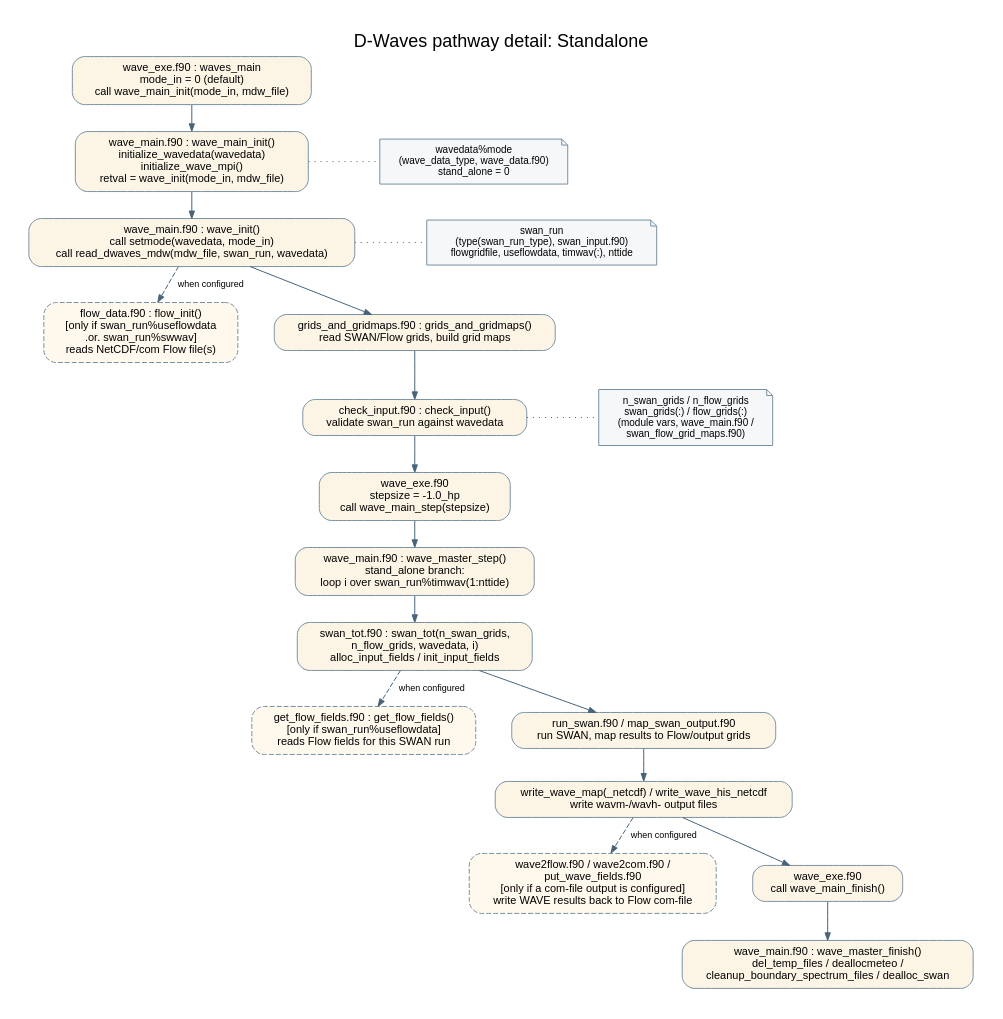
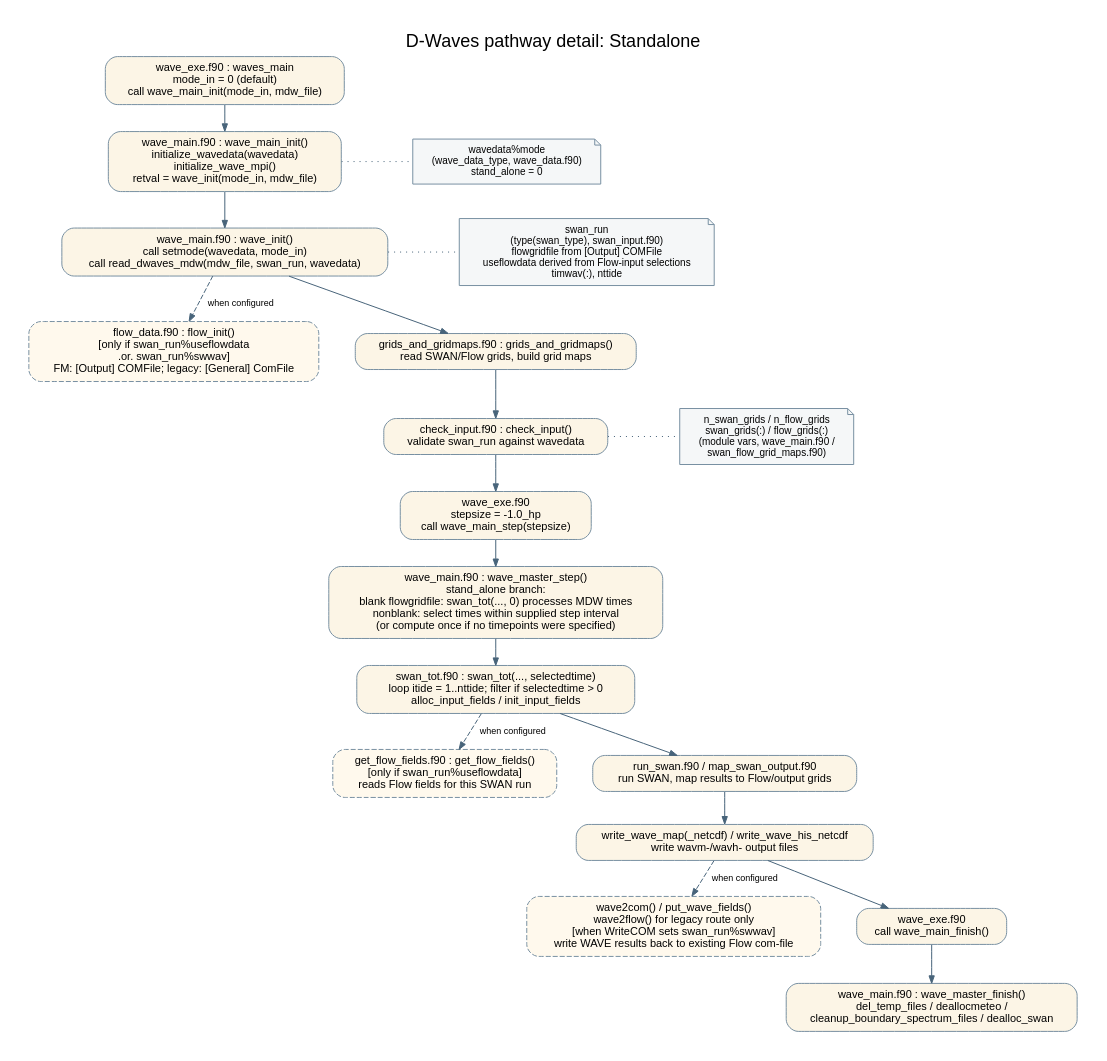
One commit to Deltares/Delft3D changed the diagram in src/engines_gpl/wave/docs/include/dwaves_pathway_standalone_detailed.dot. Above: the diagram before and after it, drawn with Graphviz. The commit also changed 9 other files, not shown here.

```diff
--- a/src/engines_gpl/wave/docs/include/dwaves_pathway_standalone_detailed.dot
+++ b/src/engines_gpl/wave/docs/include/dwaves_pathway_standalone_detailed.dot
@@ -1,54 +1,54 @@
 digraph dwaves_pathway_standalone {
     graph [
         label="D-Waves pathway detail: Standalone",
         labelloc=t,
         fontsize=18,
         fontname="Helvetica",
         rankdir=TB,
         nodesep=0.5,
         ranksep=0.35,
         pad=0.3,
         bgcolor="white"
     ];
     node [fontname="Helvetica", fontsize=11, margin="0.15,0.09"];
     edge [fontname="Helvetica", fontsize=9, color="#48647A", arrowsize=0.75];
 
     node [shape=box, style="rounded,filled", fillcolor="#FCF5E6", color="#7890A2"];
     exe [label="wave_exe.f90 : waves_main\nmode_in = 0 (default)\ncall wave_main_init(mode_in, mdw_file)"];
     main_init [label="wave_main.f90 : wave_main_init()\ninitialize_wavedata(wavedata)\ninitialize_wave_mpi()\nretval = wave_init(mode_in, mdw_file)"];
     wave_init [label="wave_main.f90 : wave_init()\ncall setmode(wavedata, mode_in)\ncall read_dwaves_mdw(mdw_file, swan_run, wavedata)"];
-    flow_init_opt [label="flow_data.f90 : flow_init()\n[only if swan_run%useflowdata\n.or. swan_run%swwav]\nreads NetCDF/com Flow file(s)", style="rounded,filled,dashed", fillcolor="#FFF9ED"];
+    flow_init_opt [label="flow_data.f90 : flow_init()\n[only if swan_run%useflowdata\n.or. swan_run%swwav]\nFM: [Output] COMFile; legacy: [General] ComFile", style="rounded,filled,dashed", fillcolor="#FFF9ED"];
     grids [label="grids_and_gridmaps.f90 : grids_and_gridmaps()\nread SWAN/Flow grids, build grid maps"];
     check [label="check_input.f90 : check_input()\nvalidate swan_run against wavedata"];
     main_step [label="wave_exe.f90\nstepsize = -1.0_hp\ncall wave_main_step(stepsize)"];
-    master_step [label="wave_main.f90 : wave_master_step()\nstand_alone branch:\nloop i over swan_run%timwav(1:nttide)"];
-    swan_tot [label="swan_tot.f90 : swan_tot(n_swan_grids,\nn_flow_grids, wavedata, i)\nalloc_input_fields / init_input_fields"];
+    master_step [label="wave_main.f90 : wave_master_step()\nstand_alone branch:\nblank flowgridfile: swan_tot(..., 0) processes MDW times\nnonblank: select times within supplied step interval\n(or compute once if no timepoints were specified)"];
+    swan_tot [label="swan_tot.f90 : swan_tot(..., selectedtime)\nloop itide = 1..nttide; filter if selectedtime > 0\nalloc_input_fields / init_input_fields"];
     get_flow [label="get_flow_fields.f90 : get_flow_fields()\n[only if swan_run%useflowdata]\nreads Flow fields for this SWAN run", style="rounded,filled,dashed", fillcolor="#FFF9ED"];
     run_swan [label="run_swan.f90 / map_swan_output.f90\nrun SWAN, map results to Flow/output grids"];
     write_out [label="write_wave_map(_netcdf) / write_wave_his_netcdf\nwrite wavm-/wavh- output files"];
-    put_back [label="wave2flow.f90 / wave2com.f90 /\nput_wave_fields.f90\n[only if a com-file output is configured]\nwrite WAVE results back to Flow com-file", style="rounded,filled,dashed", fillcolor="#FFF9ED"];
+    put_back [label="wave2com() / put_wave_fields()\nwave2flow() for legacy route only\n[when WriteCOM sets swan_run%swwav]\nwrite WAVE results back to existing Flow com-file", style="rounded,filled,dashed", fillcolor="#FFF9ED"];
     main_finish [label="wave_exe.f90\ncall wave_main_finish()"];
     master_finish [label="wave_main.f90 : wave_master_finish()\ndel_temp_files / deallocmeteo /\ncleanup_boundary_spectrum_files / dealloc_swan"];
 
     exe -> main_init -> wave_init;
     wave_init -> flow_init_opt [style=dashed, label="when configured"];
     wave_init -> grids -> check;
     check -> main_step -> master_step -> swan_tot;
     swan_tot -> get_flow [style=dashed, label="when configured"];
     swan_tot -> run_swan -> write_out;
     write_out -> put_back [style=dashed, label="when configured"];
     write_out -> main_finish -> master_finish;
     { rank=same; flow_init_opt; grids; }
 
     node [shape=note, style=filled, fillcolor="#F5F7F8", color="#7890A2", fontsize=10];
     st_mode [label="wavedata%mode\n(wave_data_type, wave_data.f90)\nstand_alone = 0"];
-    st_swanrun [label="swan_run\n(type(swan_run_type), swan_input.f90)\nflowgridfile, useflowdata, timwav(:), nttide"];
+    st_swanrun [label="swan_run\n(type(swan_type), swan_input.f90)\nflowgridfile from [Output] COMFile\nuseflowdata derived from Flow-input selections\ntimwav(:), nttide"];
     st_counts [label="n_swan_grids / n_flow_grids\nswan_grids(:) / flow_grids(:)\n(module vars, wave_main.f90 /\nswan_flow_grid_maps.f90)"];
 
     { rank=same; main_init; st_mode; }
     { rank=same; wave_init; st_swanrun; }
     { rank=same; check; st_counts; }
     main_init -> st_mode [style=dotted, arrowhead=none, constraint=false];
     wave_init -> st_swanrun [style=dotted, arrowhead=none, constraint=false];
     check -> st_counts [style=dotted, arrowhead=none, constraint=false];
 }
```
